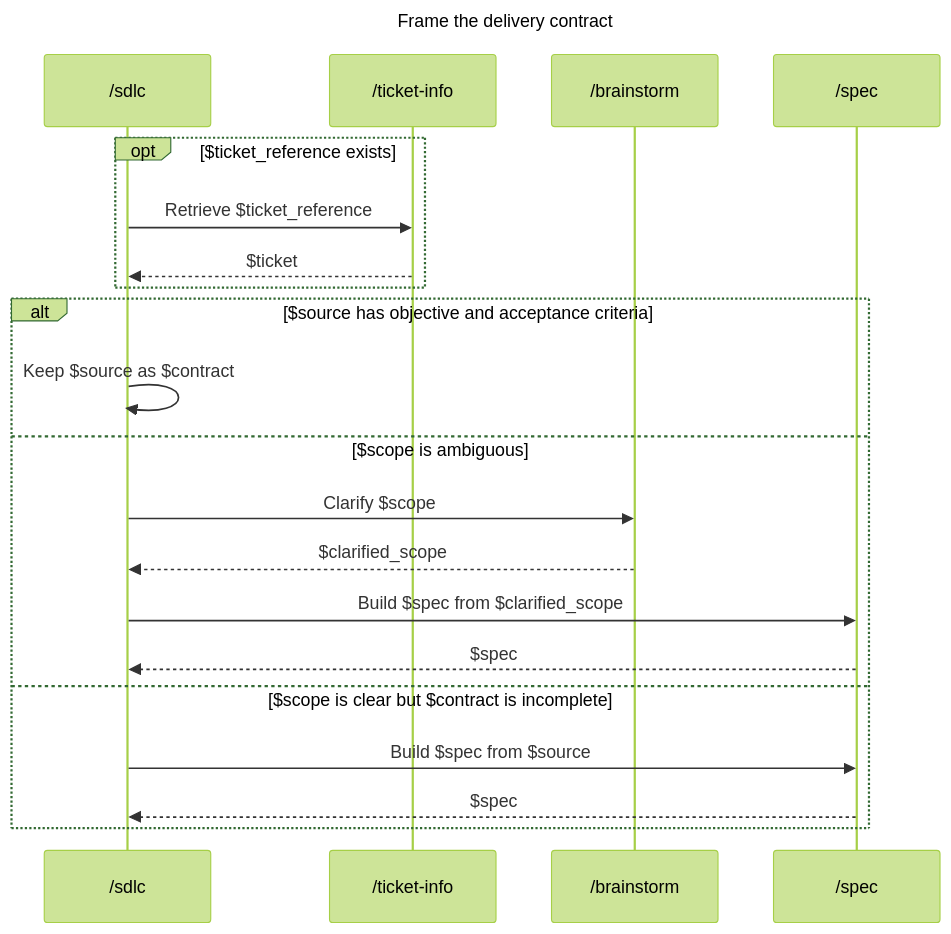
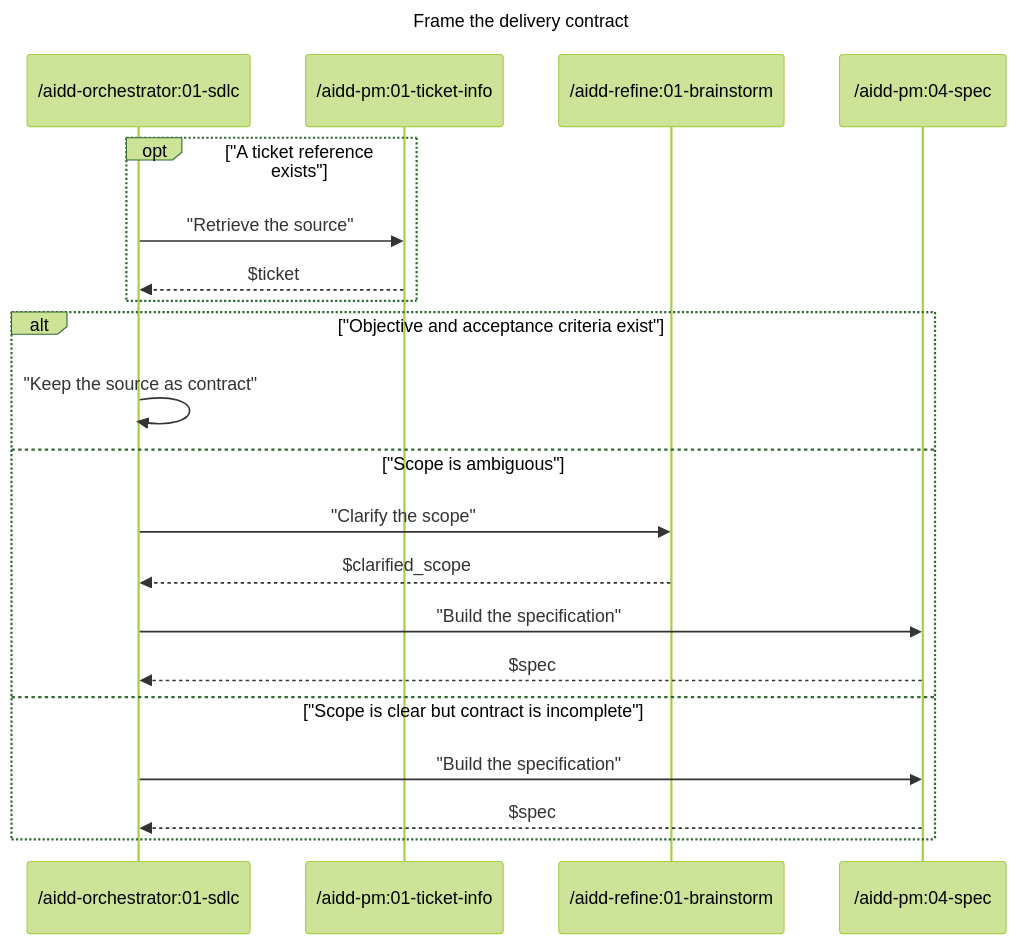
One commit to ai-driven-dev/aidd-framework changed the diagram in plugins/aidd-orchestrator/skills/01-sdlc/references/01-frame.md. Above: the diagram before and after it, drawn with Mermaid (forest theme). The commit also changed other lines of this file and 4 other files, not shown here.

Commit message:
fix(orchestrator): name SDLC providers explicitly

````diff
--- a/plugins/aidd-orchestrator/skills/01-sdlc/references/01-frame.md
+++ b/plugins/aidd-orchestrator/skills/01-sdlc/references/01-frame.md
@@ -5,26 +5,26 @@
 ```mermaid
 ---
 title: Frame the delivery contract
 ---
 sequenceDiagram
-  participant Sdlc as /sdlc
-  participant Ticket as /ticket-info
-  participant Brainstorm as /brainstorm
-  participant Spec as /spec
+  participant Sdlc as /aidd-orchestrator:01-sdlc
+  participant Ticket as /aidd-pm:01-ticket-info
+  participant Brainstorm as /aidd-refine:01-brainstorm
+  participant Spec as /aidd-pm:04-spec
 
-  opt $ticket_reference exists
-    Sdlc->>Ticket: Retrieve $ticket_reference
+  opt "A ticket reference exists"
+    Sdlc->>Ticket: "Retrieve the source"
     Ticket-->>Sdlc: $ticket
   end
-  alt $source has objective and acceptance criteria
-    Sdlc->>Sdlc: Keep $source as $contract
-  else $scope is ambiguous
-    Sdlc->>Brainstorm: Clarify $scope
+  alt "Objective and acceptance criteria exist"
+    Sdlc->>Sdlc: "Keep the source as contract"
+  else "Scope is ambiguous"
+    Sdlc->>Brainstorm: "Clarify the scope"
     Brainstorm-->>Sdlc: $clarified_scope
-    Sdlc->>Spec: Build $spec from $clarified_scope
+    Sdlc->>Spec: "Build the specification"
     Spec-->>Sdlc: $spec
-  else $scope is clear but $contract is incomplete
-    Sdlc->>Spec: Build $spec from $source
+  else "Scope is clear but contract is incomplete"
+    Sdlc->>Spec: "Build the specification"
     Spec-->>Sdlc: $spec
   end
 ```
````
